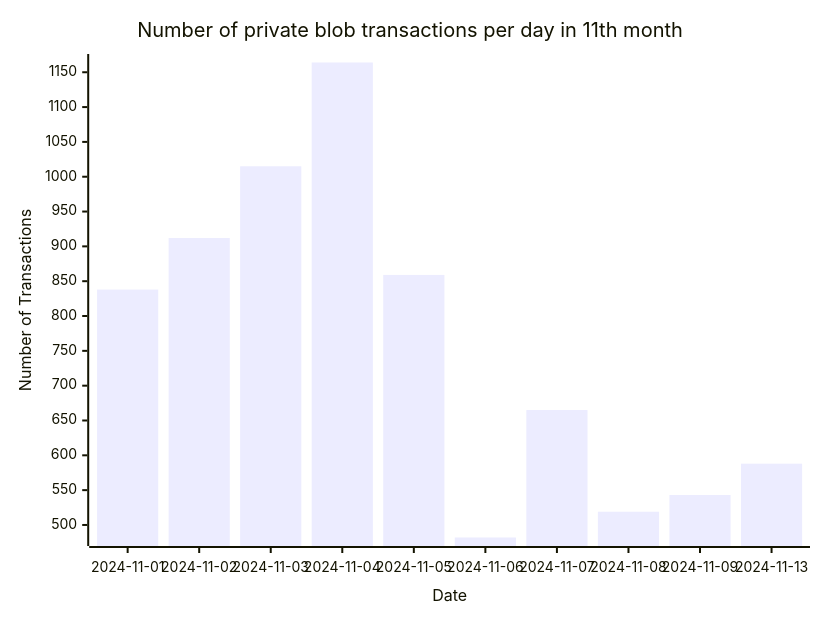
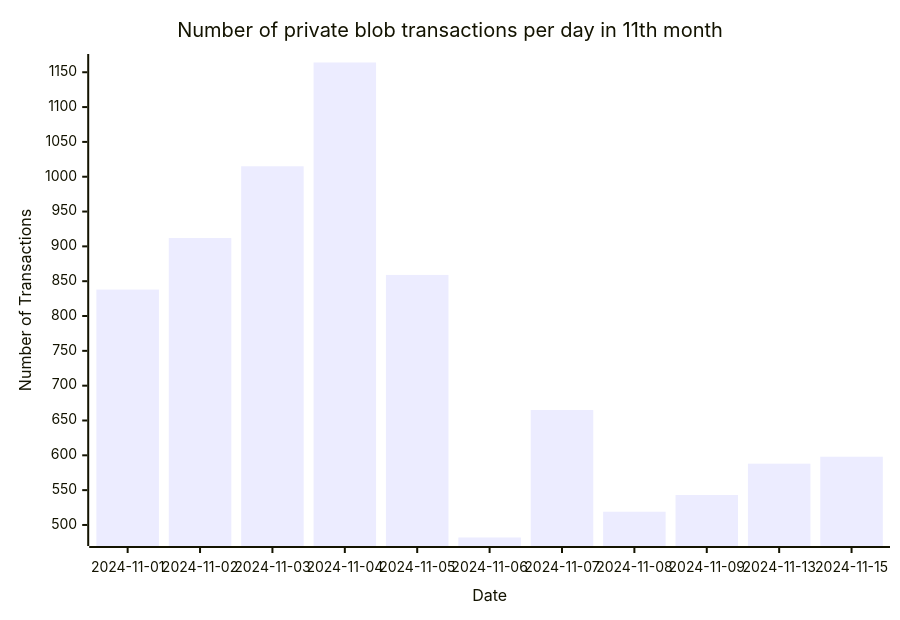
The ninth of 9 diagrams in README.md (Amit0617/eip4844-data), drawn with Mermaid before and after one commit. The commit also changed 1 other file, not shown here.

````diff
--- a/README.md
+++ b/README.md
@@ -105,12 +105,12 @@
 ```mermaid
 ---
 config:
     xyChart:
-        width: 800
+        width: 880
         height: 600
 ---
 xychart-beta title "Number of private blob transactions per day in 11th month"
-x-axis "Date" [2024-11-01,2024-11-02,2024-11-03,2024-11-04,2024-11-05,2024-11-06,2024-11-07,2024-11-08,2024-11-09,2024-11-13]
+x-axis "Date" [2024-11-01,2024-11-02,2024-11-03,2024-11-04,2024-11-05,2024-11-06,2024-11-07,2024-11-08,2024-11-09,2024-11-13,2024-11-15]
 y-axis "Number of Transactions"
-bar[838,912,1015,1164,859,482,665,519,543,588]
+bar[838,912,1015,1164,859,482,665,519,543,588,598]
 ```
````
